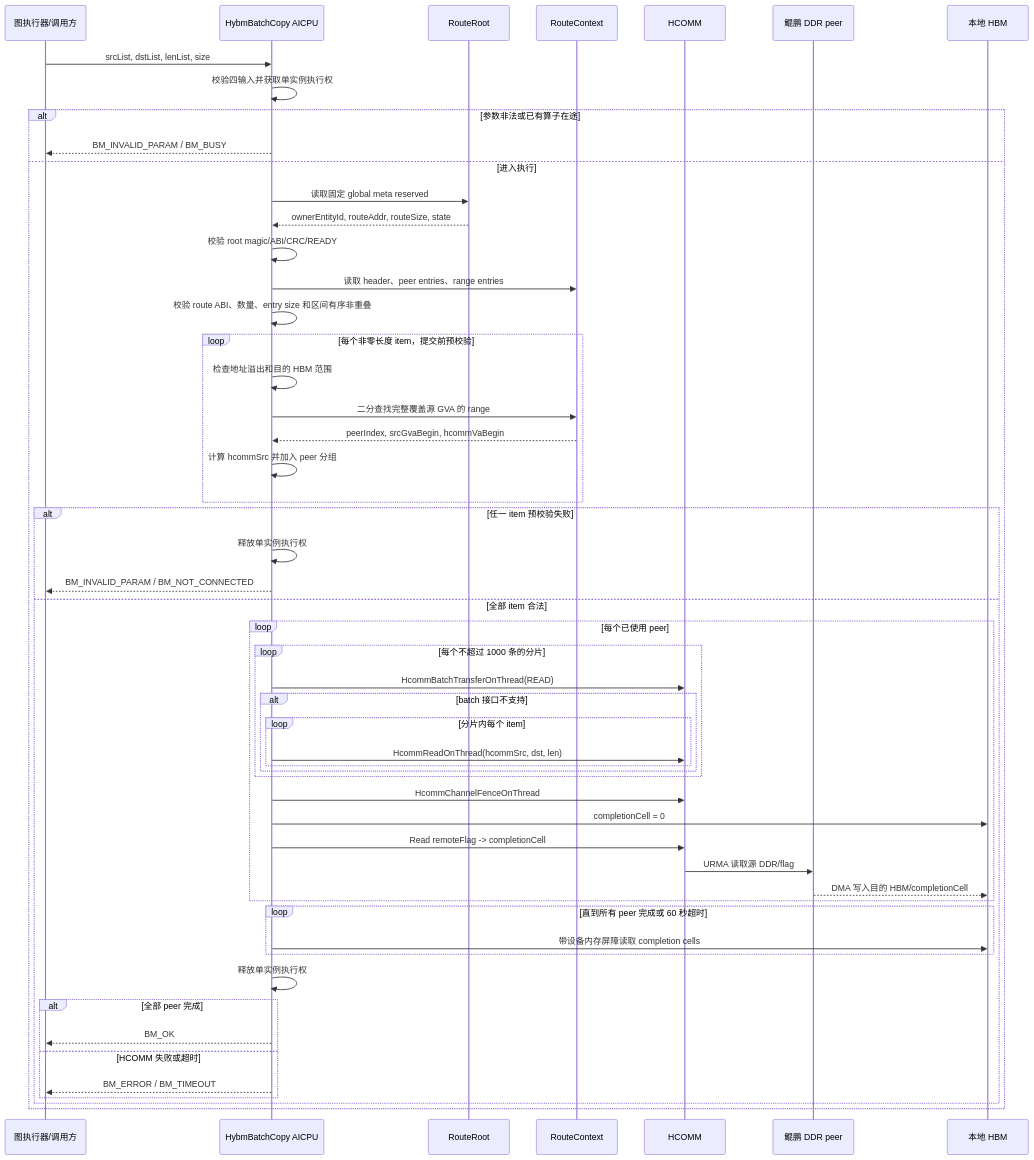
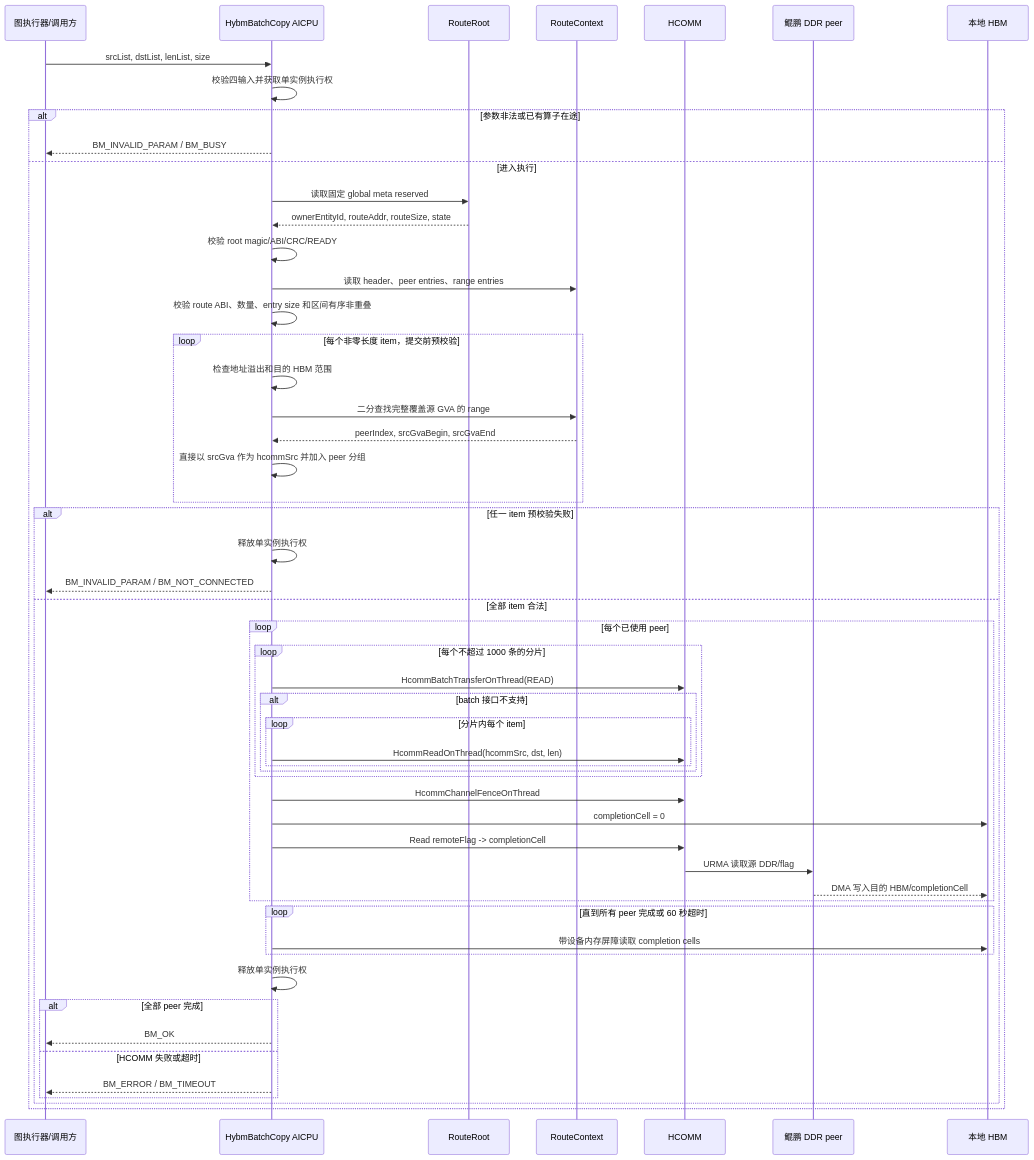
Before and after one commit to NoCoder0/memfabric_hybrid: the third of 3 diagrams in doc/batch_copy_aicpu_urma_design.md, drawn with Mermaid. The commit also changed other lines of this file, not shown here.

````diff
--- a/doc/batch_copy_aicpu_urma_design.md
+++ b/doc/batch_copy_aicpu_urma_design.md
@@ -390,57 +354,57 @@
 ```mermaid
 sequenceDiagram
     participant U as 图执行器/调用方
     participant O as HybmBatchCopy AICPU
     participant G as RouteRoot
     participant T as RouteContext
     participant H as HCOMM
     participant P as 鲲鹏 DDR peer
     participant D as 本地 HBM
 
     U->>O: srcList, dstList, lenList, size
     O->>O: 校验四输入并获取单实例执行权
     alt 参数非法或已有算子在途
         O-->>U: BM_INVALID_PARAM / BM_BUSY
     else 进入执行
         O->>G: 读取固定 global meta reserved
         G-->>O: ownerEntityId, routeAddr, routeSize, state
         O->>O: 校验 root magic/ABI/CRC/READY
         O->>T: 读取 header、peer entries、range entries
         O->>O: 校验 route ABI、数量、entry size 和区间有序非重叠
         loop 每个非零长度 item，提交前预校验
             O->>O: 检查地址溢出和目的 HBM 范围
             O->>T: 二分查找完整覆盖源 GVA 的 range
-            T-->>O: peerIndex, srcGvaBegin, hcommVaBegin
-            O->>O: 计算 hcommSrc 并加入 peer 分组
+            T-->>O: peerIndex, srcGvaBegin, srcGvaEnd
+            O->>O: 直接以 srcGva 作为 hcommSrc 并加入 peer 分组
         end
         alt 任一 item 预校验失败
             O->>O: 释放单实例执行权
             O-->>U: BM_INVALID_PARAM / BM_NOT_CONNECTED
         else 全部 item 合法
             loop 每个已使用 peer
                 loop 每个不超过 1000 条的分片
                     O->>H: HcommBatchTransferOnThread(READ)
                     alt batch 接口不支持
                         loop 分片内每个 item
                             O->>H: HcommReadOnThread(hcommSrc, dst, len)
                         end
                     end
                 end
                 O->>H: HcommChannelFenceOnThread
                 O->>D: completionCell = 0
                 O->>H: Read remoteFlag -> completionCell
                 H->>P: URMA 读取源 DDR/flag
                 P-->>D: DMA 写入目的 HBM/completionCell
             end
             loop 直到所有 peer 完成或 60 秒超时
                 O->>D: 带设备内存屏障读取 completion cells
             end
             O->>O: 释放单实例执行权
             alt 全部 peer 完成
                 O-->>U: BM_OK
             else HCOMM 失败或超时
                 O-->>U: BM_ERROR / BM_TIMEOUT
             end
         end
     end
 ```
````
